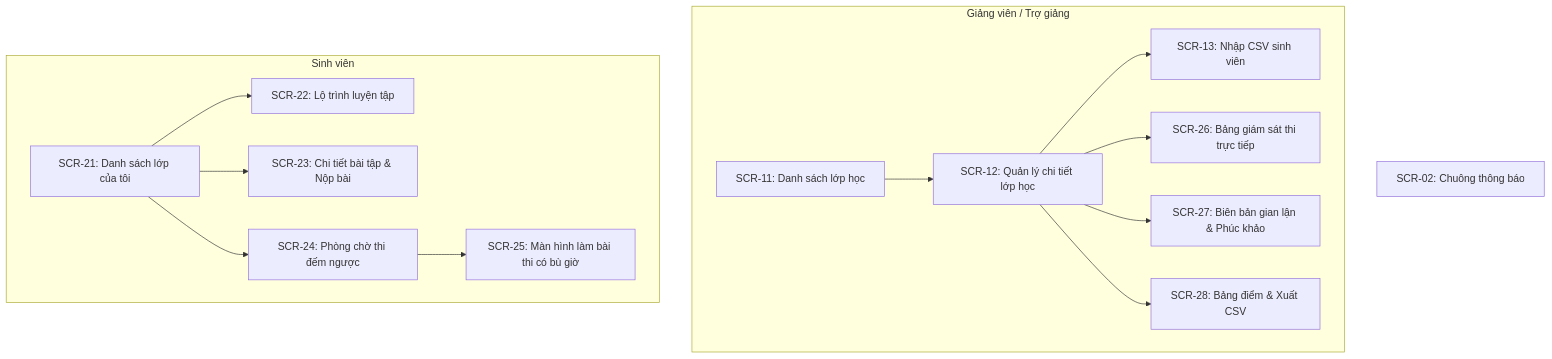
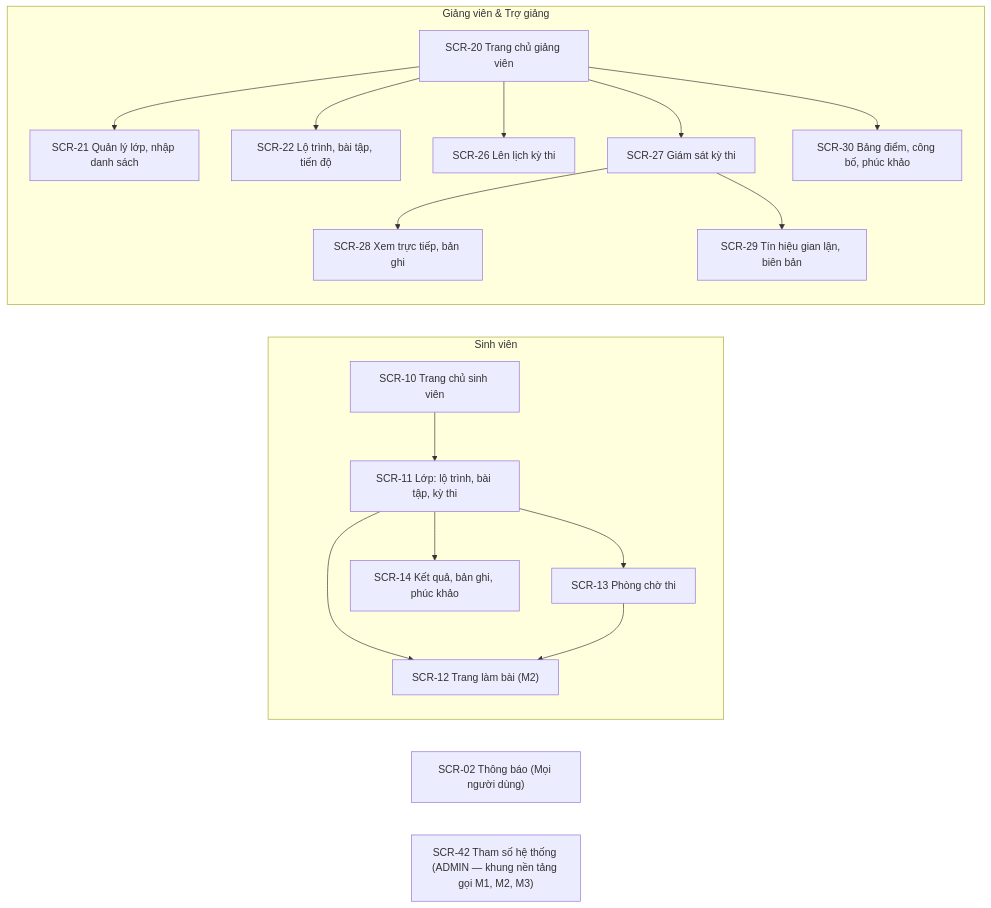
Before and after one commit to NhatMinh0311/Crucible: the fifth of 5 diagrams in docs/modules/m3-learning.md, drawn with Mermaid. The commit also changed other lines of this file and 1 other file, not shown here.

First line of the commit message:
Hiệu đính thiết kế module M3 khớp hợp đồng đã merge

````diff
--- a/docs/modules/m3-learning.md
+++ b/docs/modules/m3-learning.md
@@ -467,19 +595,21 @@
 ```mermaid
-flowchart TD
-    subgraph Giảng viên / Trợ giảng
-        SCR11[SCR-11: Danh sách lớp học] --> SCR12[SCR-12: Quản lý chi tiết lớp học]
-        SCR12 --> SCR13[SCR-13: Nhập CSV sinh viên]
-        SCR12 --> SCR26[SCR-26: Bảng giám sát thi trực tiếp]
-        SCR12 --> SCR27[SCR-27: Biên bản gian lận & Phúc khảo]
-        SCR12 --> SCR28[SCR-28: Bảng điểm & Xuất CSV]
+flowchart LR
+    subgraph Student["Sinh viên"]
+        SCR10["SCR-10 Trang chủ sinh viên"] --> SCR11["SCR-11 Lớp: lộ trình, bài tập, kỳ thi"]
+        SCR11 --> SCR12["SCR-12 Trang làm bài (M2)"]
+        SCR11 --> SCR13["SCR-13 Phòng chờ thi"] --> SCR12
+        SCR11 --> SCR14["SCR-14 Kết quả, bản ghi, phúc khảo"]
     end
 
-    subgraph Sinh viên
-        SCR21[SCR-21: Danh sách lớp của tôi] --> SCR22[SCR-22: Lộ trình luyện tập]
-        SCR21 --> SCR23[SCR-23: Chi tiết bài tập & Nộp bài]
-        SCR21 --> SCR24[SCR-24: Phòng chờ thi đếm ngược]
-        SCR24 --> SCR25[SCR-25: Màn hình làm bài thi có bù giờ]
+    subgraph Staff["Giảng viên & Trợ giảng"]
+        SCR20["SCR-20 Trang chủ giảng viên"] --> SCR21["SCR-21 Quản lý lớp, nhập danh sách"]
+        SCR20 --> SCR22["SCR-22 Lộ trình, bài tập, tiến độ"]
+        SCR20 --> SCR26["SCR-26 Lên lịch kỳ thi"]
+        SCR20 --> SCR27["SCR-27 Giám sát kỳ thi"] --> SCR28["SCR-28 Xem trực tiếp, bản ghi"]
+        SCR27 --> SCR29["SCR-29 Tín hiệu gian lận, biên bản"]
+        SCR20 --> SCR30["SCR-30 Bảng điểm, công bố, phúc khảo"]
     end
 
-    SCR02[SCR-02: Chuông thông báo]
+    SharedNotif["SCR-02 Thông báo (Mọi người dùng)"]
+    AdminSettings["SCR-42 Tham số hệ thống (ADMIN — khung nền tảng gọi M1, M2, M3)"]
 ```
````
